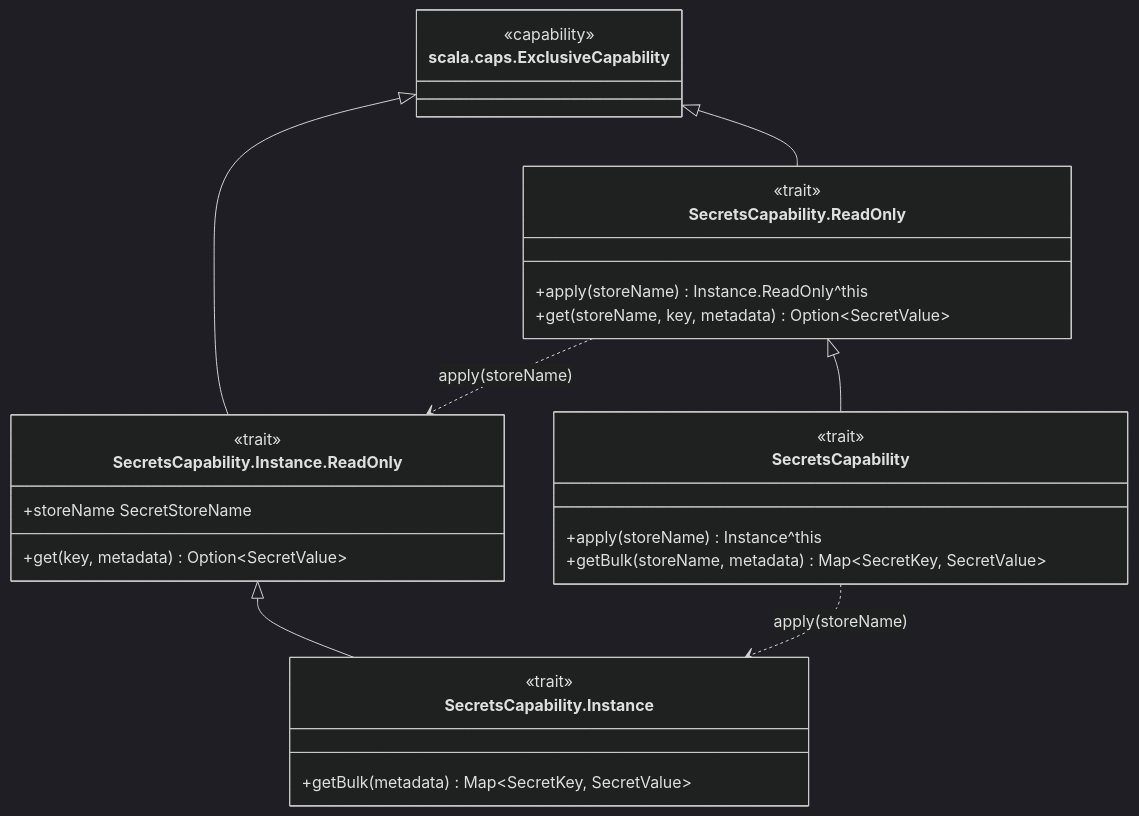
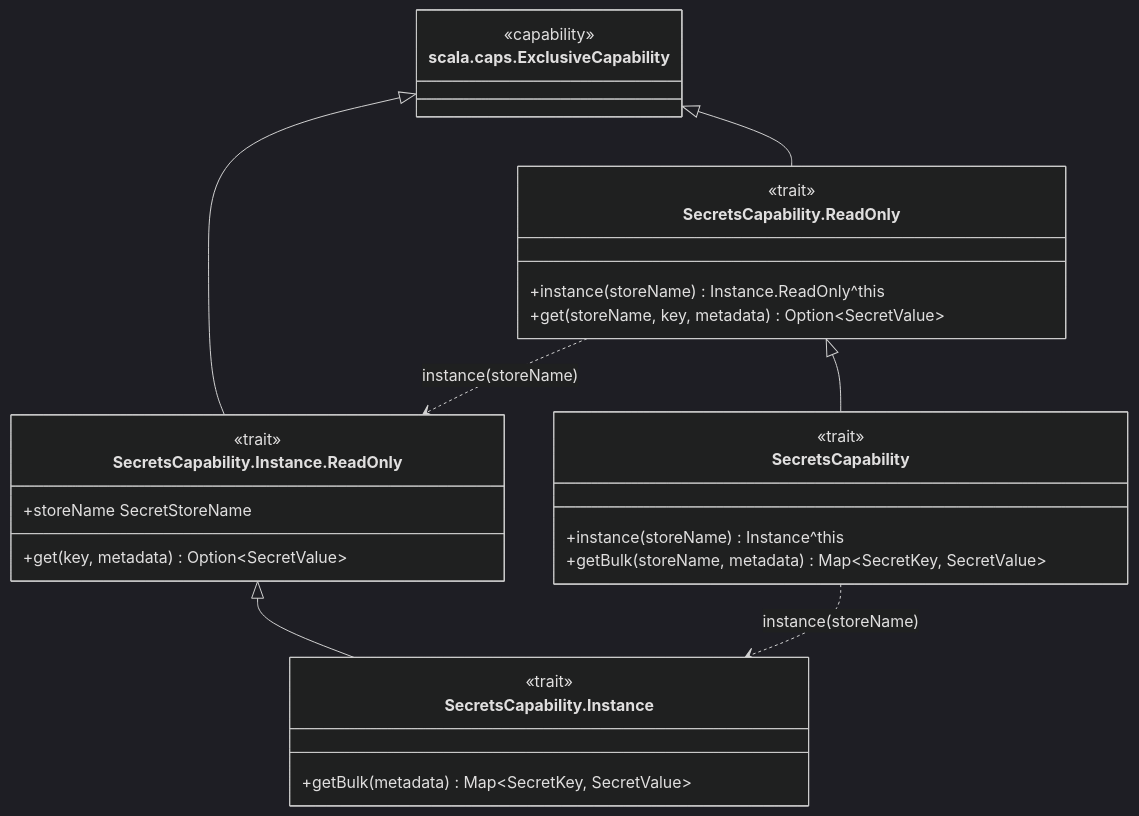
One commit to sideeffffect/dapr4s changed the third of 15 diagrams in docs/CAPABILITY-HIERARCHY.md. Above: the diagram before and after it, drawn with Mermaid (dark theme). The commit also changed other lines of this file and 26 other files, not shown here.

Commit message:
docs: instance(name)/forType narrowing in scaladoc, docs and spec

````diff
--- a/docs/CAPABILITY-HIERARCHY.md
+++ b/docs/CAPABILITY-HIERARCHY.md
@@ -129,33 +129,33 @@
 ```mermaid
 classDiagram
     direction TB
     class ExclusiveCapability["scala.caps.ExclusiveCapability"]
     <<capability>> ExclusiveCapability
 
     class SecretsCapability_ReadOnly["SecretsCapability.ReadOnly"]
     <<trait>> SecretsCapability_ReadOnly
-    SecretsCapability_ReadOnly : +apply(storeName) Instance.ReadOnly^this
+    SecretsCapability_ReadOnly : +instance(storeName) Instance.ReadOnly^this
     SecretsCapability_ReadOnly : +get(storeName, key, metadata) Option~SecretValue~
 
     class SecretsCapability {
         <<trait>>
-        +apply(storeName) Instance^this
+        +instance(storeName) Instance^this
         +getBulk(storeName, metadata) Map~SecretKey, SecretValue~
     }
 
     class SecretsCapability_Instance_ReadOnly["SecretsCapability.Instance.ReadOnly"]
     <<trait>> SecretsCapability_Instance_ReadOnly
     SecretsCapability_Instance_ReadOnly : +storeName SecretStoreName
     SecretsCapability_Instance_ReadOnly : +get(key, metadata) Option~SecretValue~
 
     class SecretsCapability_Instance["SecretsCapability.Instance"]
     <<trait>> SecretsCapability_Instance
     SecretsCapability_Instance : +getBulk(metadata) Map~SecretKey, SecretValue~
 
     ExclusiveCapability <|-- SecretsCapability_ReadOnly
     SecretsCapability_ReadOnly <|-- SecretsCapability
     ExclusiveCapability <|-- SecretsCapability_Instance_ReadOnly
     SecretsCapability_Instance_ReadOnly <|-- SecretsCapability_Instance
-    SecretsCapability_ReadOnly ..> SecretsCapability_Instance_ReadOnly : apply(storeName)
-    SecretsCapability ..> SecretsCapability_Instance : apply(storeName)
+    SecretsCapability_ReadOnly ..> SecretsCapability_Instance_ReadOnly : instance(storeName)
+    SecretsCapability ..> SecretsCapability_Instance : instance(storeName)
 ```
````
